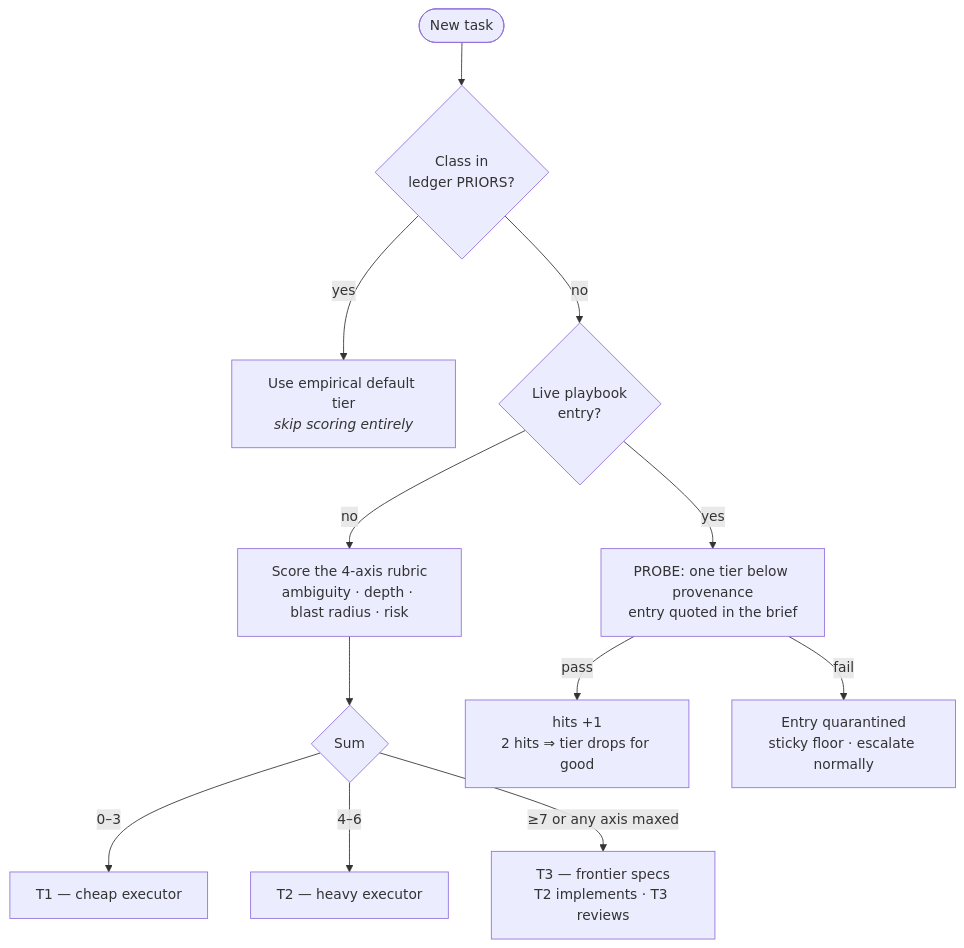
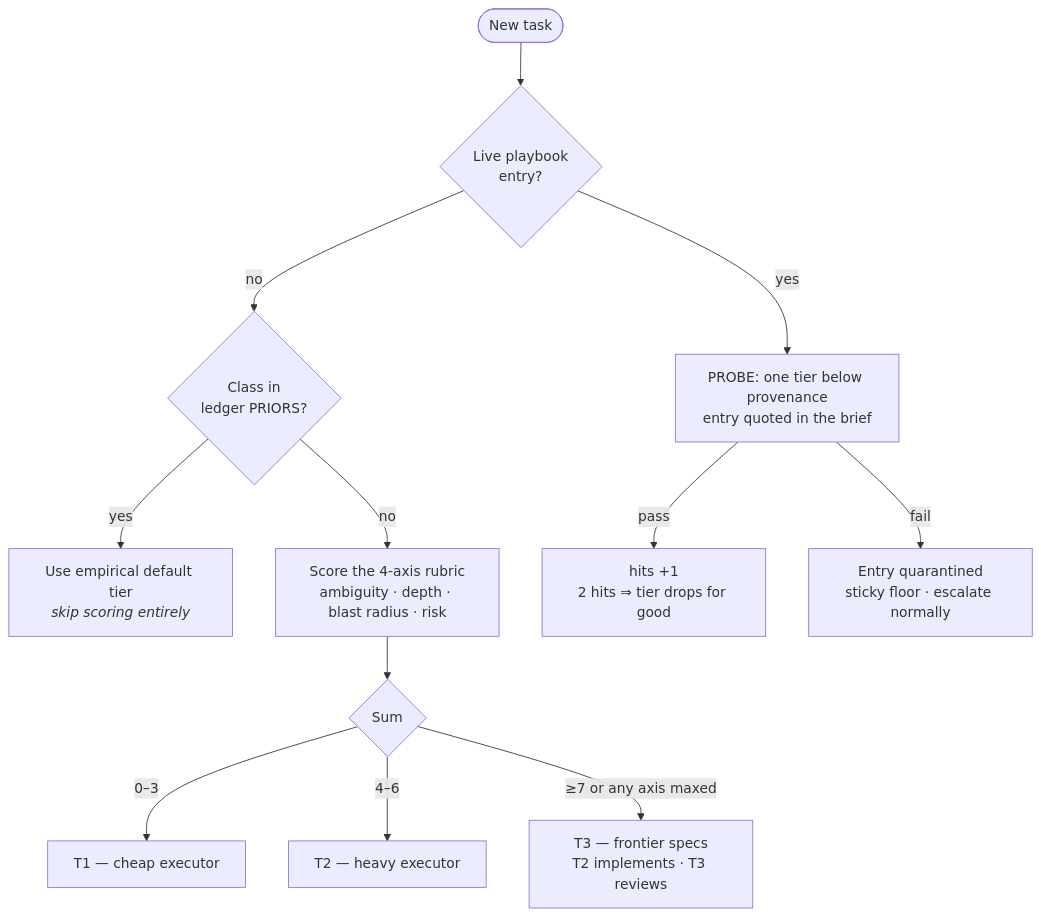
The first of 3 diagrams in README.md (alebgl77/tierdecay), drawn with Mermaid before and after one commit. The commit also changed other lines of this file and 19 other files, not shown here.

````diff
--- a/README.md
+++ b/README.md
@@ -68,14 +68,14 @@
 ```mermaid
 flowchart TD
-    A([New task]) --> B{Class in<br/>ledger PRIORS?}
-    B -- yes --> C[Use empirical default tier<br/><i>skip scoring entirely</i>]
-    B -- no --> D{Live playbook<br/>entry?}
-    D -- yes --> E[PROBE: one tier below provenance<br/>entry quoted in the brief]
+    A([New task]) --> B{Live playbook<br/>entry?}
+    B -- yes --> E[PROBE: one tier below provenance<br/>entry quoted in the brief]
+    B -- no --> D{Class in<br/>ledger PRIORS?}
+    D -- yes --> C[Use empirical default tier<br/><i>skip scoring entirely</i>]
     D -- no --> F[Score the 4-axis rubric<br/>ambiguity · depth · blast radius · risk]
     F --> G{Sum}
     G -- "0–3" --> T1[T1 — cheap executor]
     G -- "4–6" --> T2[T2 — heavy executor]
     G -- "≥7 or any axis maxed" --> T3[T3 — frontier specs<br/>T2 implements · T3 reviews]
     E -- pass --> H[hits +1<br/>2 hits ⇒ tier drops for good]
     E -- fail --> I[Entry quarantined<br/>sticky floor · escalate normally]
 ```
````
